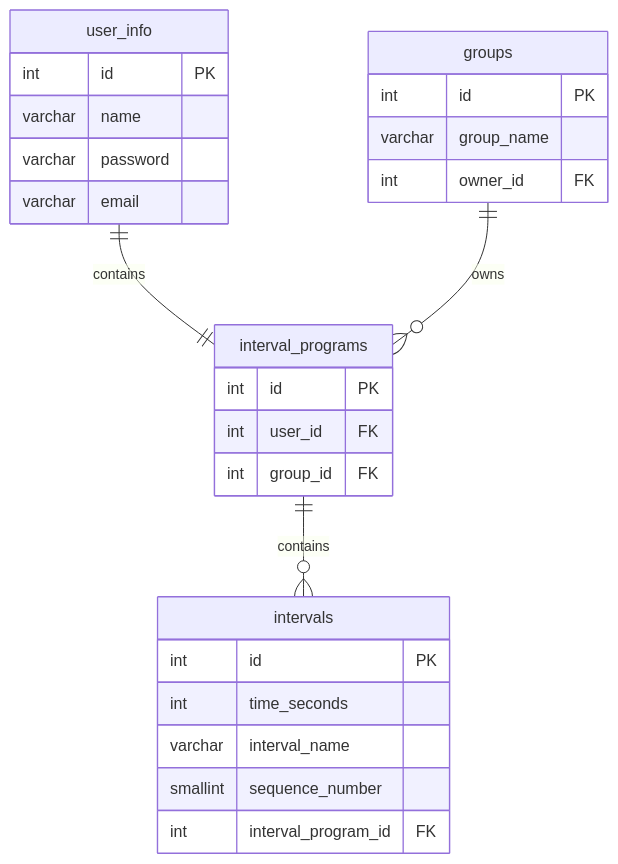
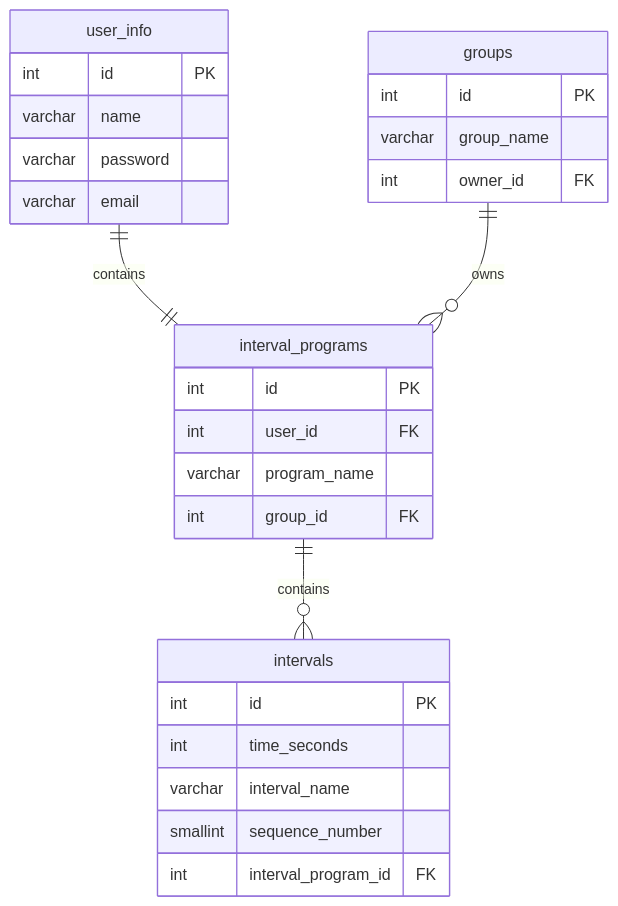
The diagram in README.md (johnedisc/times_up), drawn with Mermaid before and after one commit.

Commit message:
add interval program name

````diff
--- a/README.md
+++ b/README.md
@@ -17,29 +17,30 @@
 ```mermaid
     erDiagram
         user_info ||--|| interval_programs : contains
         user_info {
             int id PK
             varchar name
             varchar password
             varchar email
         }
         groups ||--o{ interval_programs : owns
         groups {
             int id PK
             varchar group_name
             int owner_id FK
         }
         interval_programs {
             int id PK
             int user_id FK
+            varchar program_name
             int group_id FK
         }
         interval_programs ||--o{ intervals : contains
         intervals {
             int id PK
             int time_seconds
             varchar interval_name
             smallint sequence_number
             int interval_program_id FK
         }
 ```
````
